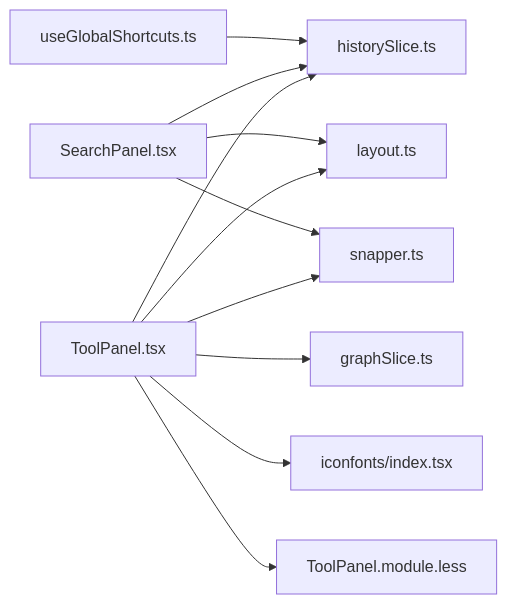
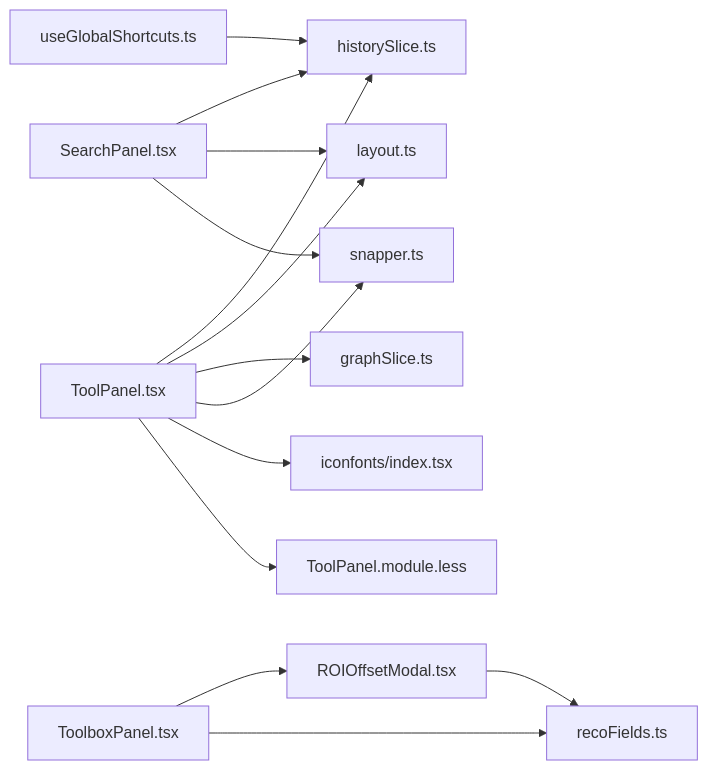
One commit to kqcoxn/MaaPipelineEditor changed the sixth of 6 diagrams in .qoder/repowiki/zh/content/核心概念/工具/工具.md. Above: the diagram before and after it, drawn with Mermaid. The commit also changed other lines of this file and 10 other files, not shown here.

````diff
--- a/.qoder/repowiki/zh/content/核心概念/工具/工具.md
+++ b/.qoder/repowiki/zh/content/核心概念/工具/工具.md
@@ -362,13 +453,16 @@
 ```mermaid
 graph LR
 TP["ToolPanel.tsx"] --> HS["historySlice.ts"]
 TP --> LH["layout.ts"]
 TP --> GS["graphSlice.ts"]
 TP --> SNAP["snapper.ts"]
 TP --> ICON["iconfonts/index.tsx"]
 TP --> STYLE["ToolPanel.module.less"]
 SP["SearchPanel.tsx"] --> HS
 SP --> LH
 SP --> SNAP
 GSH["useGlobalShortcuts.ts"] --> HS
+TB["ToolboxPanel.tsx"] --> ROI["ROIOffsetModal.tsx"]
+TB --> RF["recoFields.ts"]
+ROI --> RF
 ```
````
